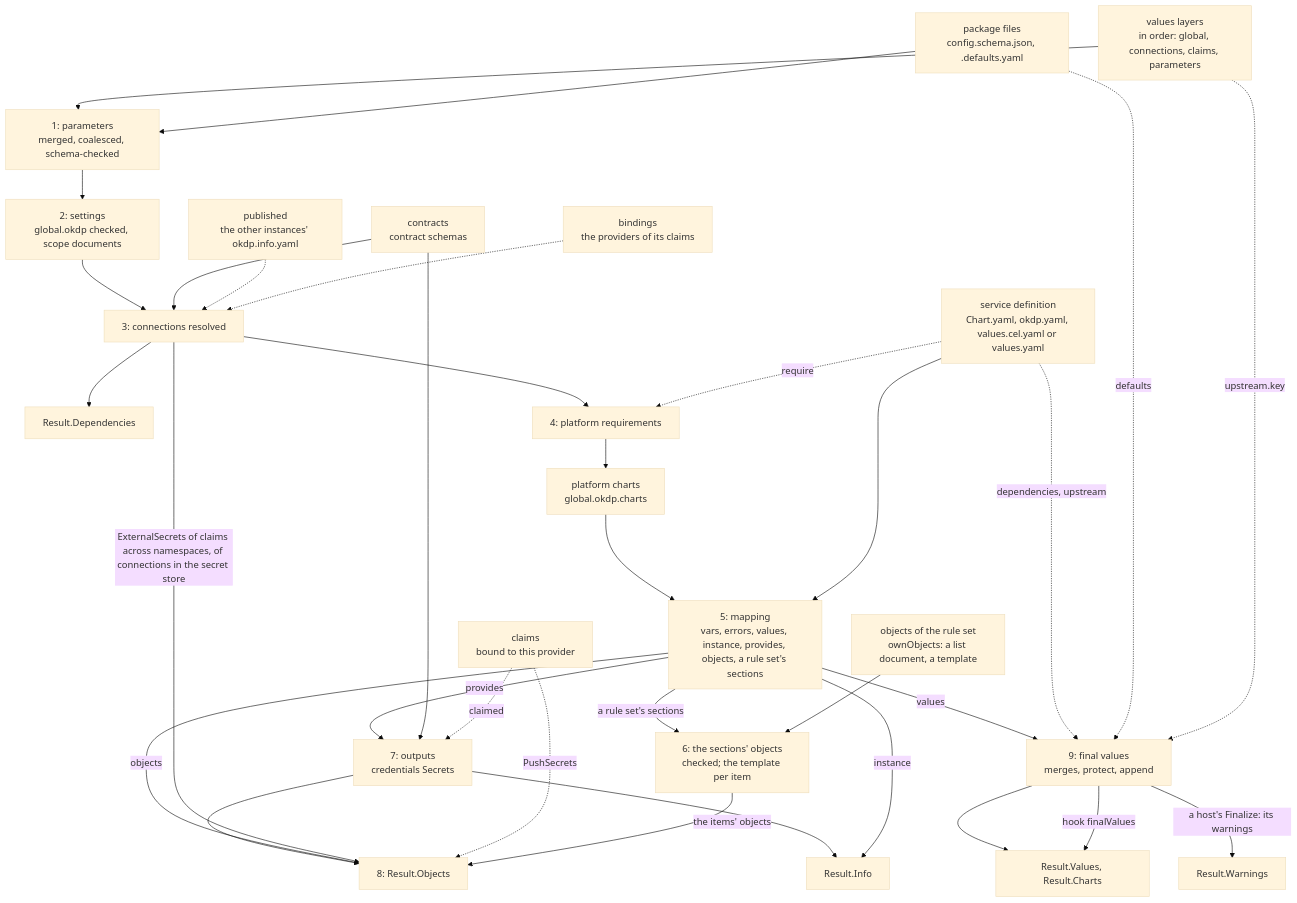
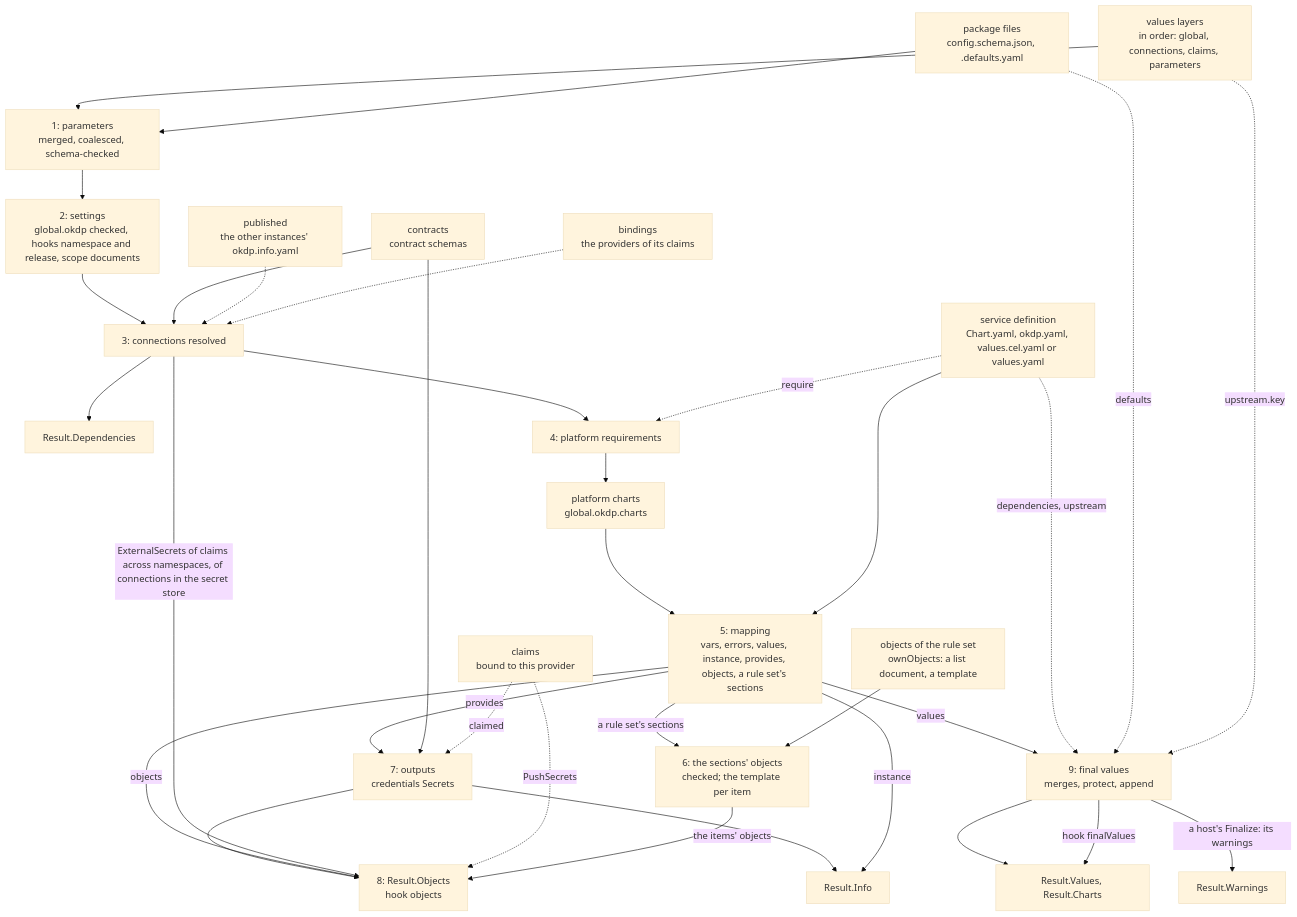
Before and after one commit to OKDP/okdp-compiler: the diagram in docs/00_architecture.md, drawn with Mermaid (base theme). The commit also changed other lines of this file and 120 other files, not shown here.

````diff
--- a/docs/00_architecture.md
+++ b/docs/00_architecture.md
@@ -82,44 +89,44 @@
 ```mermaid
 flowchart TD
   def["service definition<br/>Chart.yaml, okdp.yaml, values.cel.yaml or values.yaml"]
   pkg["package files<br/>config.schema.json, <key>.defaults.yaml"]
   layers["values layers<br/>in order: global, connections, claims, parameters"]
   contracts["contracts<br/>contract schemas"]
   published["published<br/>the other instances' okdp.info.yaml"]
   bindings["bindings<br/>the providers of its claims"]
   claims["claims<br/>bound to this provider"]
   tmpl["objects of the rule set<br/>ownObjects: a list document, a template"]
 
   layers --> s1["1: parameters<br/>merged, coalesced, schema-checked"]
   pkg --> s1
-  s1 --> s2["2: settings<br/>global.okdp checked, scope documents"]
+  s1 --> s2["2: settings<br/>global.okdp checked, hooks namespace and release, scope documents"]
   s2 --> s3["3: connections resolved"]
   contracts --> s3
   published -.-> s3
   bindings -.-> s3
   s3 --> deps["Result.Dependencies"]
   s3 --> s4["4: platform requirements"]
   def -. "require" .-> s4
   s4 --> pc["platform charts<br/>global.okdp.charts"]
   pc --> s5["5: mapping<br/>vars, errors, values, instance, provides, objects, a rule set's sections"]
   def --> s5
   s5 -- "a rule set's sections" --> s6["6: the sections' objects<br/>checked; the template per item"]
   tmpl --> s6
   s5 -- provides --> s7["7: outputs<br/>credentials Secrets"]
   contracts --> s7
   claims -. "claimed" .-> s7
   s7 --> inst["Result.Info"]
   s5 -- instance --> inst
-  s7 --> s8["8: Result.Objects"]
+  s7 --> s8["8: Result.Objects<br/>hook objects"]
   s5 -- objects --> s8
   s3 -- "ExternalSecrets of claims across namespaces, of connections in the secret store" --> s8
   claims -. "PushSecrets" .-> s8
   s5 -- values --> s9["9: final values<br/>merges, protect, append"]
   s6 -- "the items' objects" --> s8
   def -. "dependencies, upstream" .-> s9
   pkg -. defaults .-> s9
   layers -. "upstream.key" .-> s9
   s9 --> vals["Result.Values, Result.Charts"]
   s9 -- "a host's Finalize: its warnings" --> warn["Result.Warnings"]
   s9 -- "hook finalValues" --> vals
 ```
````
